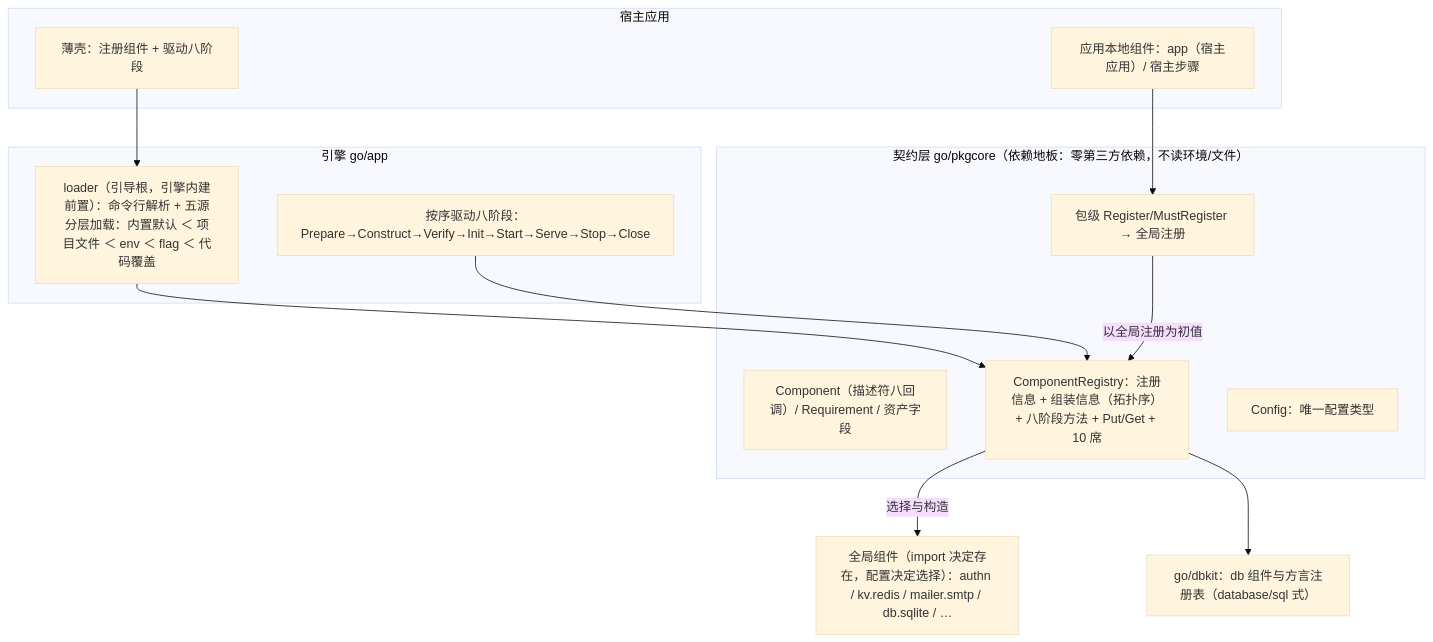
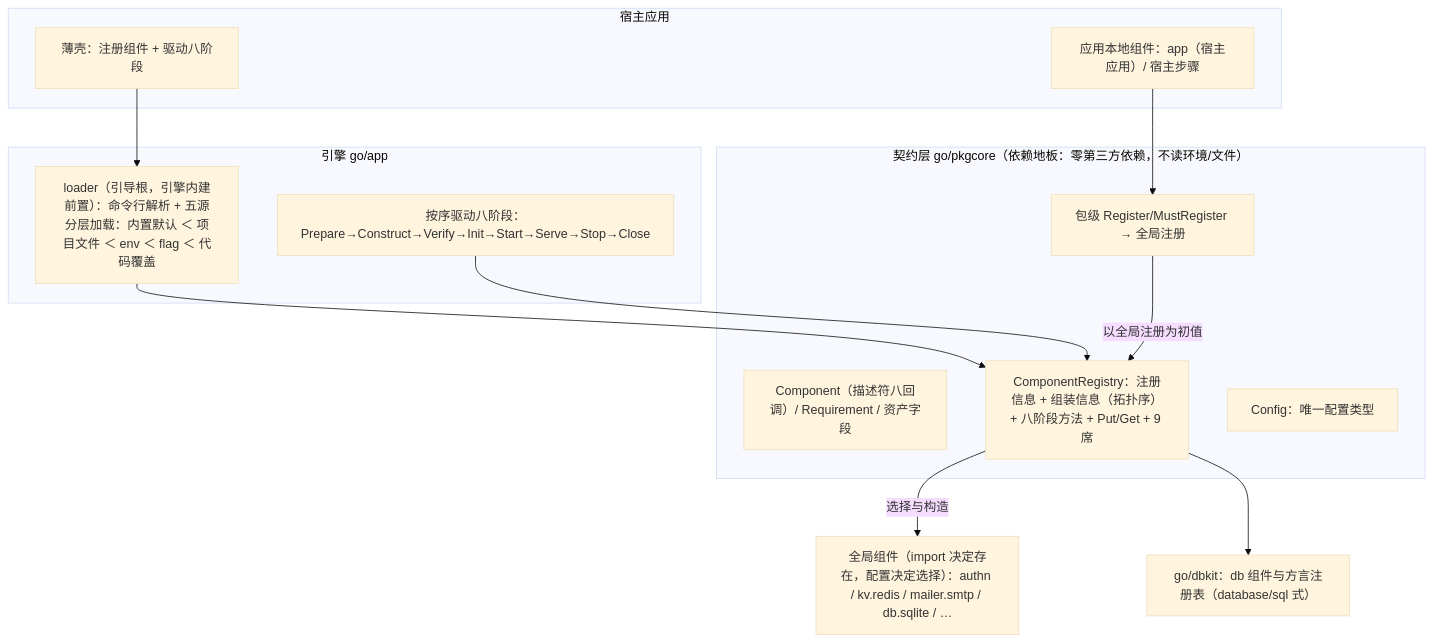
The first of 6 diagrams in docs/internal/29-config-driven-component-assembly.md (vislake/speed), drawn with Mermaid (base theme) before and after one commit. The commit also changed other lines of this file and 3 other files, not shown here.

````diff
--- a/docs/internal/29-config-driven-component-assembly.md
+++ b/docs/internal/29-config-driven-component-assembly.md
@@ -28,30 +28,30 @@
 ```mermaid
 flowchart TB
     subgraph HOST["宿主应用"]
         SHELL["薄壳：注册组件 + 驱动八阶段"]
         LOCAL["应用本地组件：app（宿主应用）/ 宿主步骤"]
     end
 
     subgraph ENG["引擎 go/app"]
         SRC["loader（引导根，引擎内建前置）：命令行解析 + 五源分层加载：内置默认 ＜ 项目文件 ＜ env ＜ flag ＜ 代码覆盖"]
         ORCH["按序驱动八阶段：Prepare→Construct→Verify→Init→Start→Serve→Stop→Close"]
     end
 
     subgraph CORE["契约层 go/pkgcore（依赖地板：零第三方依赖，不读环境/文件）"]
         MODEL["Component（描述符八回调）/ Requirement / 资产字段"]
-        REG["ComponentRegistry：注册信息 + 组装信息（拓扑序）+ 八阶段方法 + Put/Get + 10 席"]
+        REG["ComponentRegistry：注册信息 + 组装信息（拓扑序）+ 八阶段方法 + Put/Get + 9 席"]
         CFG["Config：唯一配置类型"]
         CREG["包级 Register/MustRegister → 全局注册"]
     end
 
     UN["全局组件（import 决定存在，配置决定选择）：authn / kv.redis / mailer.smtp / db.sqlite / …"]
     DBKIT["go/dbkit：db 组件与方言注册表（database/sql 式）"]
 
     SHELL --> SRC
     LOCAL --> CREG
     SRC --> REG
     CREG -->|"以全局注册为初值"| REG
     REG -->|"选择与构造"| UN
     ORCH --> REG
     REG --> DBKIT
 ```
````
